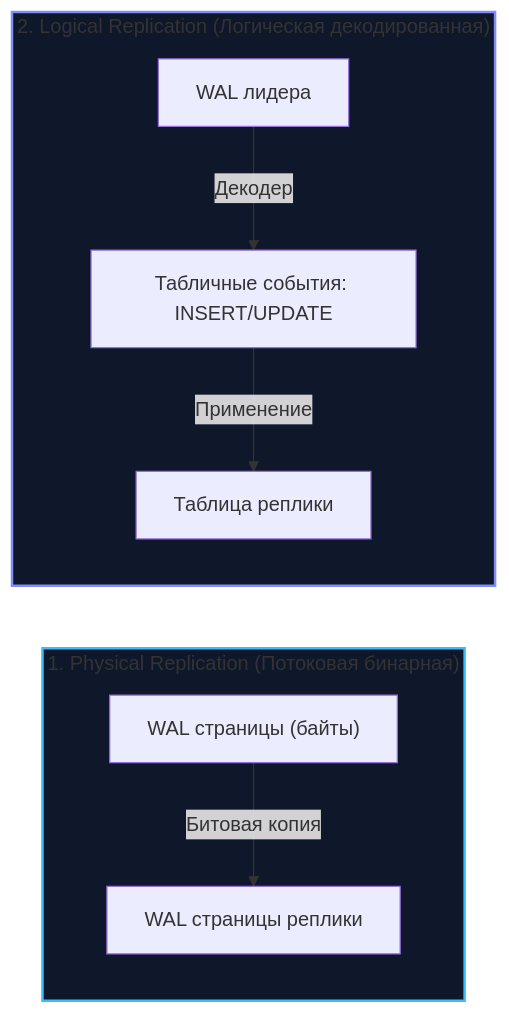
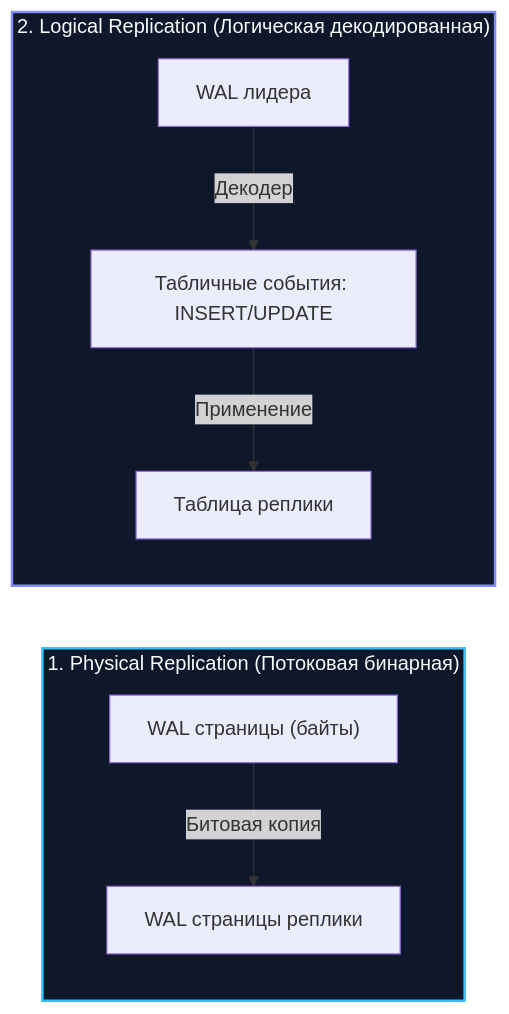
One commit to UnrealTemplier/go-textbook changed the third of 3 diagrams in sources/12. Базы данных/08. Распределенные базы данных/1. Репликация. Sync vs Async.md. Above: the diagram before and after it, drawn with Mermaid. The commit also changed 310 other files, not shown here.

First line of the commit message:
fix(mermaid): replace light fill colors with dark palette for readability on dark theme

````diff
--- a/sources/12. Базы данных/08. Распределенные базы данных/1. Репликация. Sync vs Async.md
+++ b/sources/12. Базы данных/08. Распределенные базы данных/1. Репликация. Sync vs Async.md
@@ -141,14 +141,14 @@
 ```mermaid
 flowchart LR
     subgraph Physical ["1. Physical Replication (Потоковая бинарная)"]
         W1["WAL страницы (байты)"] -->|Битовая копия| W2["WAL страницы реплики"]
     end
 
     subgraph Logical ["2. Logical Replication (Логическая декодированная)"]
         L1["WAL лидера"] -->|Декодер| SQL["Табличные события: INSERT/UPDATE"]
         SQL -->|Применение| L2["Таблица реплики"]
     end
 
-    style Physical fill:#0f172a,stroke:#38bdf8,stroke-width:2px
-    style Logical fill:#0f172a,stroke:#818cf8,stroke-width:2px
+    style Physical fill:#0f172a,stroke:#38bdf8,stroke-width:2px,color:#f8fafc
+    style Logical fill:#0f172a,stroke:#818cf8,stroke-width:2px,color:#f8fafc
 ```
````
